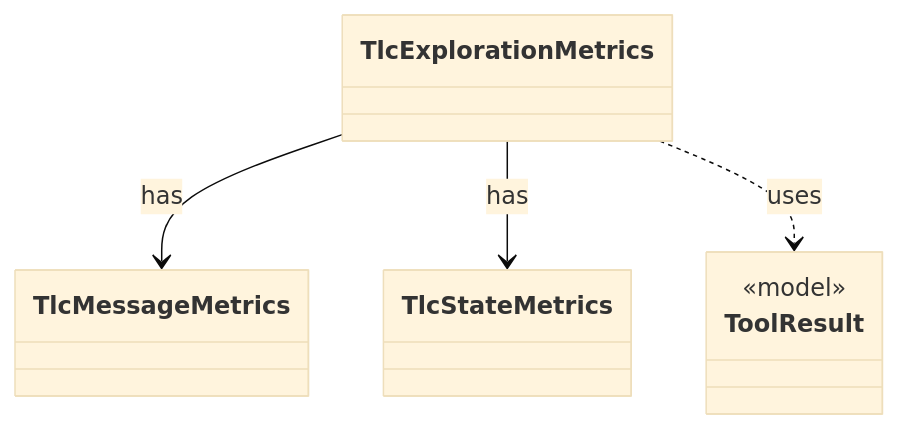
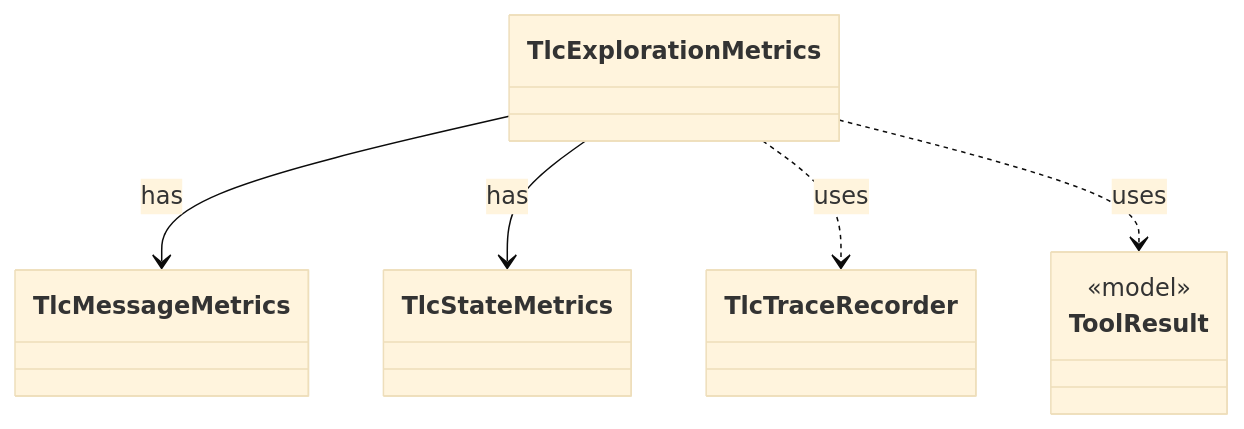
One commit to tlaplus/model-checker-hardening changed the diagram in dev/types/io.github.tlaplus.hardening.workflow.tlc.TlcExplorationMetrics.md. Above: the diagram before and after it, drawn with Mermaid (base theme). The commit also changed other lines of this file and 435 other files, not shown here.

````diff
--- a/dev/types/io.github.tlaplus.hardening.workflow.tlc.TlcExplorationMetrics.md
+++ b/dev/types/io.github.tlaplus.hardening.workflow.tlc.TlcExplorationMetrics.md
@@ -9,12 +9,14 @@
 ```mermaid
 classDiagram
   class TlcExplorationMetrics
   class TlcMessageMetrics
   class TlcStateMetrics
+  class TlcTraceRecorder
   class ToolResult {
     <<model>>
   }
   TlcExplorationMetrics --> TlcMessageMetrics : has
   TlcExplorationMetrics --> TlcStateMetrics : has
+  TlcExplorationMetrics ..> TlcTraceRecorder : uses
   TlcExplorationMetrics ..> ToolResult : uses
 ```
````
